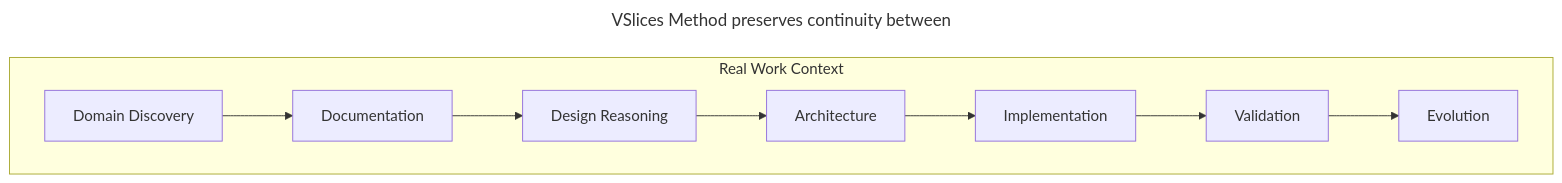
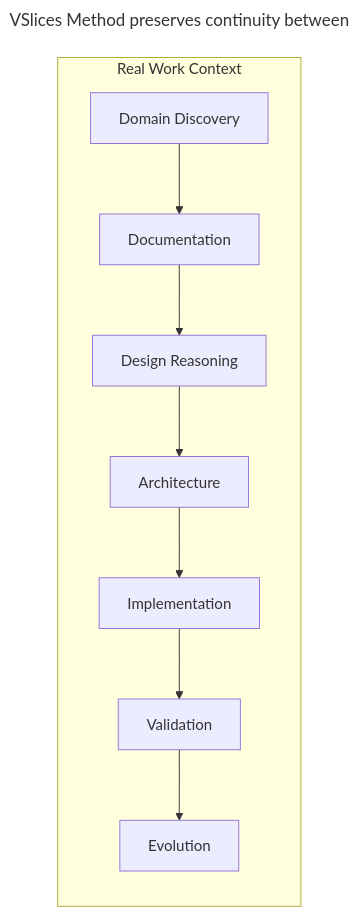
One commit to vslices/docs changed the diagram in docs/en/products/method/index.md. Above: the diagram before and after it, drawn with Mermaid. The commit also changed 26 other files, not shown here.

````diff
--- a/docs/en/products/method/index.md
+++ b/docs/en/products/method/index.md
@@ -5,20 +5,20 @@
 ```mermaid
 ---
 title: VSlices Method preserves continuity between
 ---
 flowchart LR
   subgraph RW[Real Work Context]
-    direction LR
+    direction TB
 
     A[Domain Discovery]
     B[Documentation]
     C[Design Reasoning]
     D[Architecture]
     E[Implementation]
     F[Validation]
     G[Evolution]
 
     A --> B --> C --> D --> E --> F --> G
   
   end
 ```
````
